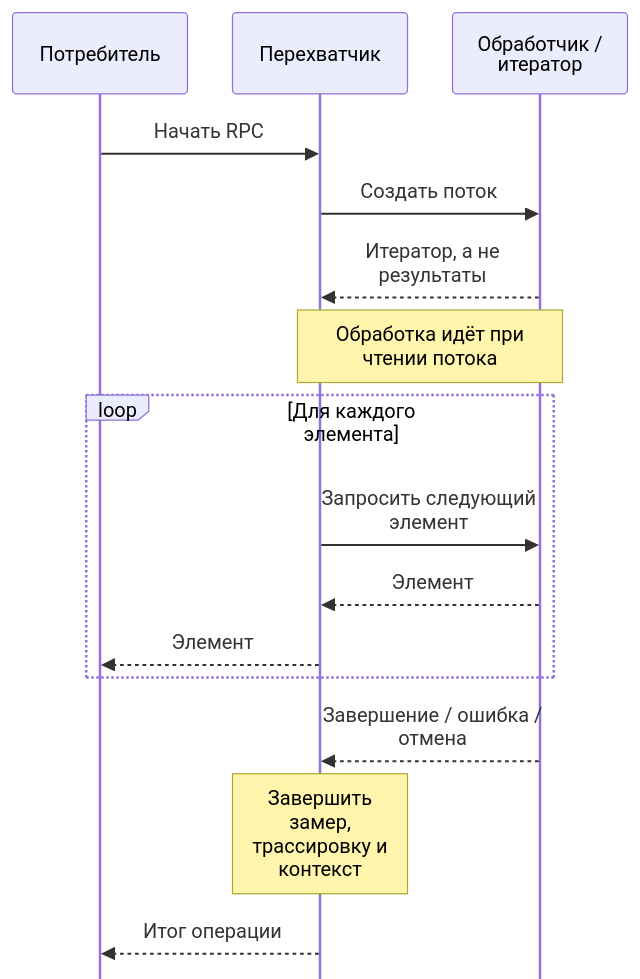
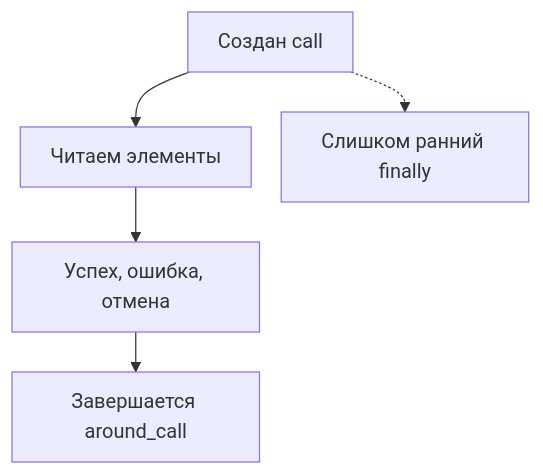
Before and after one commit to bedrock-python/bedrock-python.github.io: the diagram in translations/ru/blog/posts/2026-09-07-why-grpc-interceptors-break-on-streaming-rpcs.md, drawn with Mermaid. The commit also changed other lines of this file and 59 other files, not shown here.

Commit message:
Обновление статьи "Python-библиотека от шаблона до релиза": изменение описания на более конкретное, отражающее контекст использования библиотеки для расчета отчетных периодов. Обновление аннотации в главном индексе.

````diff
--- a/translations/ru/blog/posts/2026-09-07-why-grpc-interceptors-break-on-streaming-rpcs.md
+++ b/translations/ru/blog/posts/2026-09-07-why-grpc-interceptors-break-on-streaming-rpcs.md
@@ -89,31 +141,23 @@
 ```mermaid
 ---
 config:
   theme: default
   look: classic
-  sequence:
+  flowchart:
     useMaxWidth: false
-    wrap: true
-    width: 140
-    actorMargin: 36
-    mirrorActors: false
+    wrappingWidth: 150
+    padding: 12
+    nodeSpacing: 24
+    rankSpacing: 32
 ---
-sequenceDiagram
-    accTitle: Создание потока — только начало RPC
-    accDescr: Измерять нужно весь поток, включая чтение элементов и ошибки. Перехватчик сохраняет контекст до конца чтения, затем освобождает ресурсы при успехе, ошибке или отмене.
-    participant C as Потребитель
-    participant I as Перехватчик
-    participant H as Обработчик / итератор
-    C->>I: Начать RPC
-    I->>H: Создать поток
-    H-->>I: Итератор, а не результаты
-    Note over I,H: Обработка идёт при чтении потока
-    loop Для каждого элемента
-      I->>H: Запросить следующий элемент
-      H-->>I: Элемент
-      I-->>C: Элемент
-    end
-    H-->>I: Завершение / ошибка / отмена
-    Note over I: Завершить замер, трассировку и контекст
-    I-->>C: Итог операции
+flowchart TD
+    accTitle: Создать вызов — ещё не завершить RPC
+    accDescr: Обёртка вокруг continuation завершает измерение после создания call. Перехватчик around_call получает итог RPC: успех, ошибку или отмену.
+    A["Создан call"]
+    B["Читаем элементы"]
+    C["Успех, ошибка, отмена"]
+    D["Завершается around_call"]
+    E["Слишком ранний finally"]
+    A --> B --> C --> D
+    A -.-> E
 ```
````
